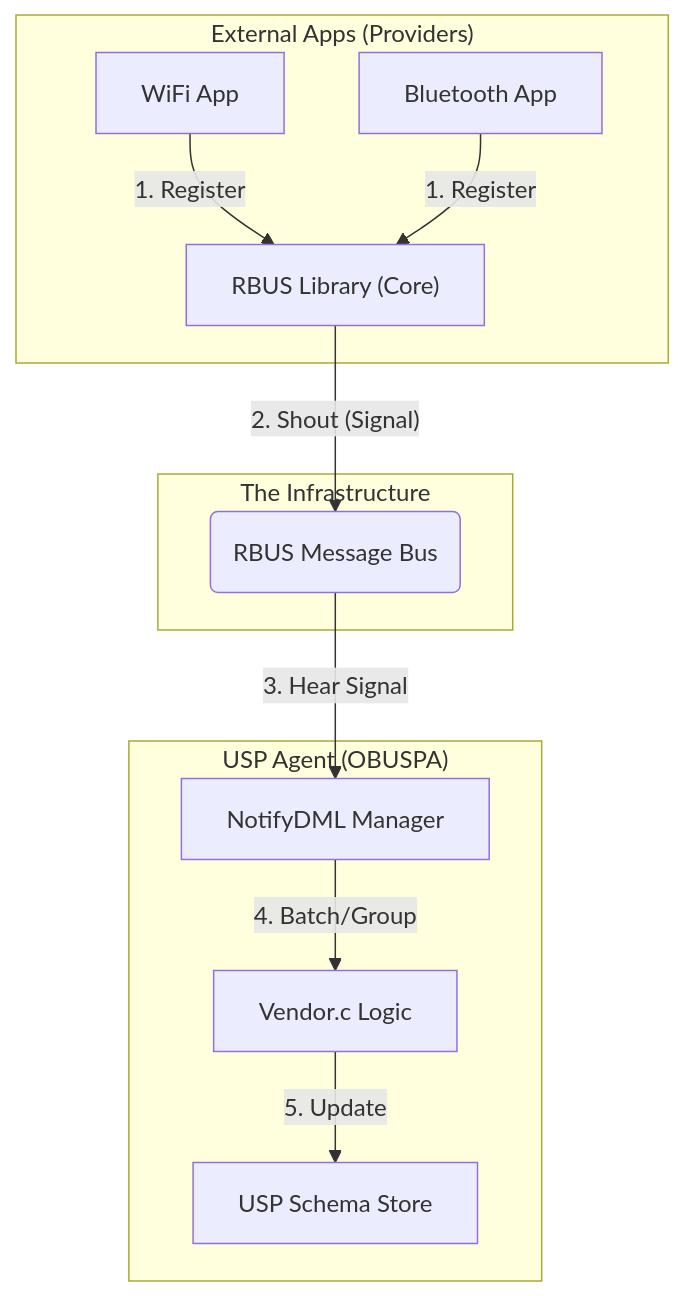
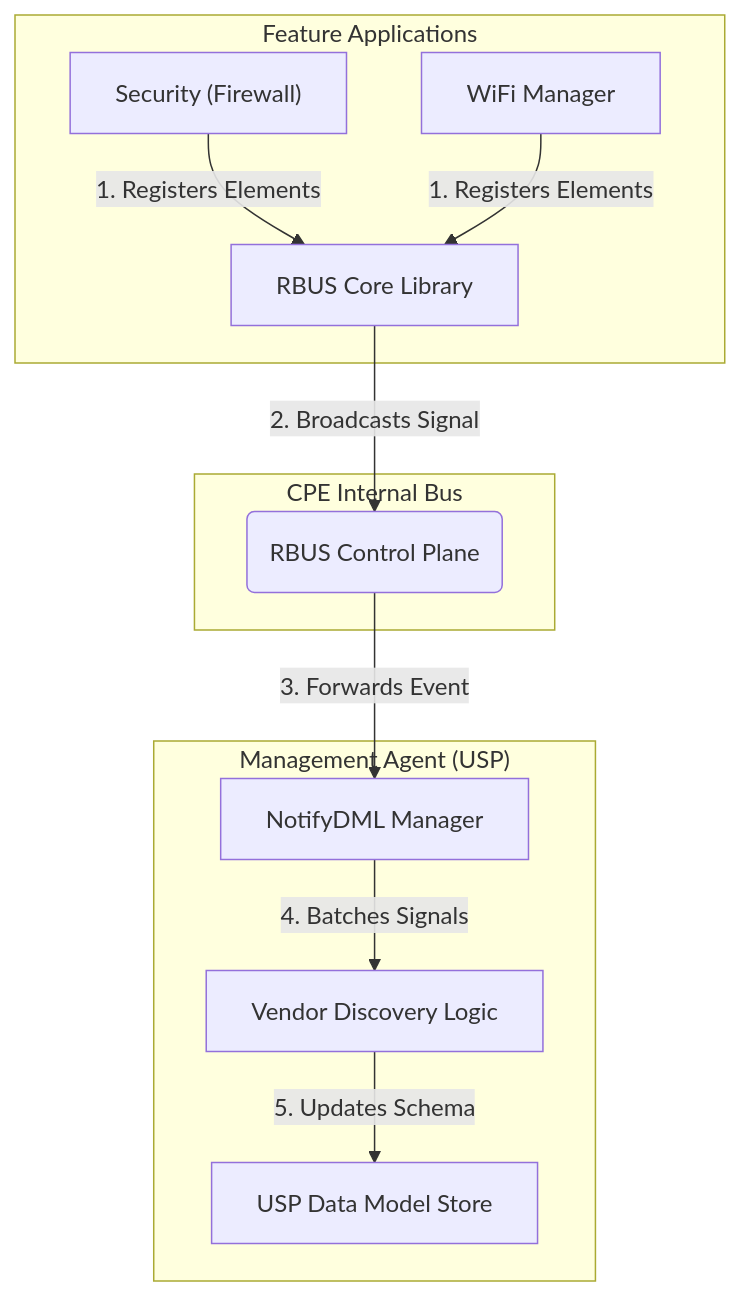
One commit to rdkcentral/usp-pa-vendor-rdk changed the diagram in de_dm_notify/RDK_DM_Discovery_Master_Guide.md. Above: the diagram before and after it, drawn with Mermaid. The commit also changed other lines of this file, not shown here.

Commit message:
refactor: Update RDK DM Discovery guide with CPE-specific analogies and examples, and remove detailed implementation sections.

````diff
--- a/de_dm_notify/RDK_DM_Discovery_Master_Guide.md
+++ b/de_dm_notify/RDK_DM_Discovery_Master_Guide.md
@@ -44,24 +41,24 @@
 ```mermaid
 graph TD
-    subgraph "External Apps (Providers)"
-        P1["WiFi App"]
-        P2["Bluetooth App"]
-        L["RBUS Library (Core)"]
+    subgraph "Feature Applications"
+        P1["Security (Firewall)"]
+        P2["WiFi Manager"]
+        L["RBUS Core Library"]
     end
 
-    subgraph "The Infrastructure"
-        B(RBUS Message Bus)
+    subgraph "CPE Internal Bus"
+        B(RBUS Control Plane)
     end
 
-    subgraph "USP Agent (OBUSPA)"
+    subgraph "Management Agent (USP)"
         N[NotifyDML Manager]
-        V[Vendor.c Logic]
-        S[USP Schema Store]
+        V[Vendor Discovery Logic]
+        S[USP Data Model Store]
     end
 
-    P1 & P2 -- "1. Register" --> L
-    L -- "2. Shout (Signal)" --> B
-    B -- "3. Hear Signal" --> N
-    N -- "4. Batch/Group" --> V
-    V -- "5. Update" --> S
+    P1 & P2 -- "1. Registers Elements" --> L
+    L -- "2. Broadcasts Signal" --> B
+    B -- "3. Forwards Event" --> N
+    N -- "4. Batches Signals" --> V
+    V -- "5. Updates Schema" --> S
 ```
````
